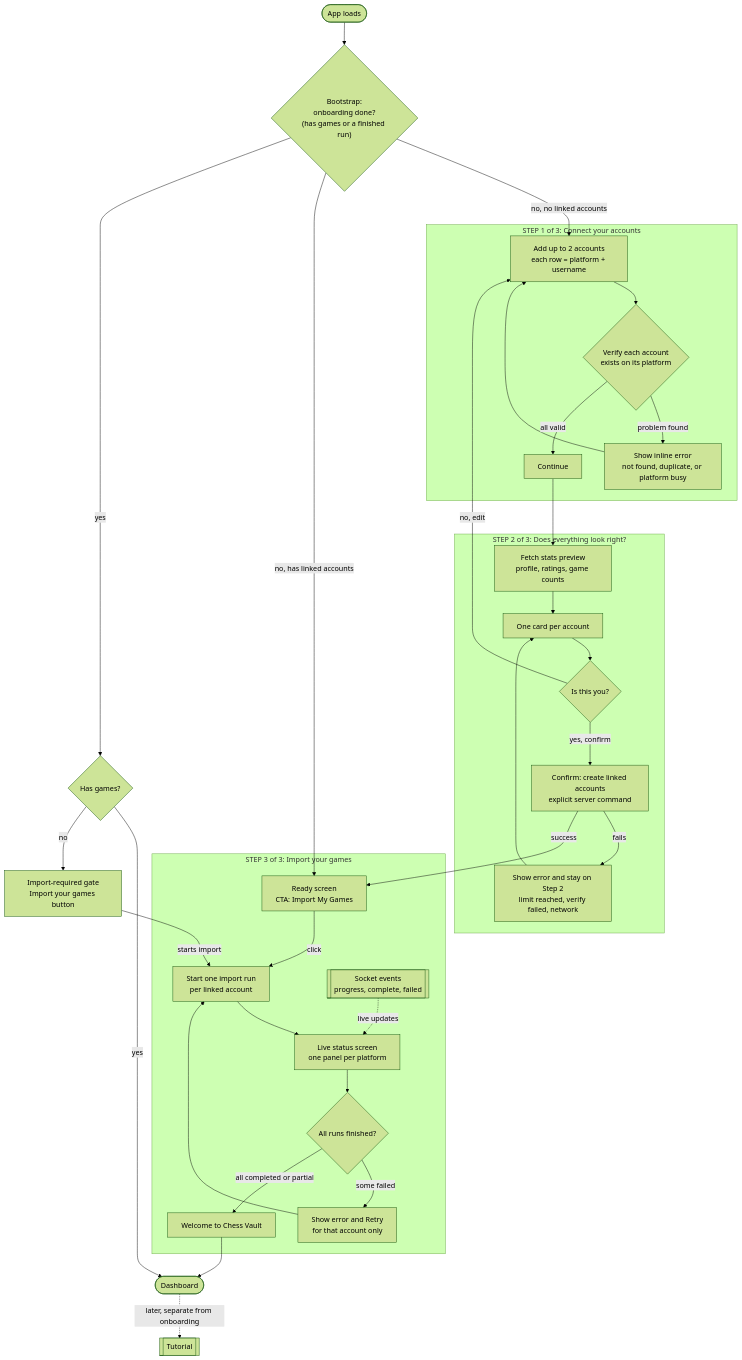
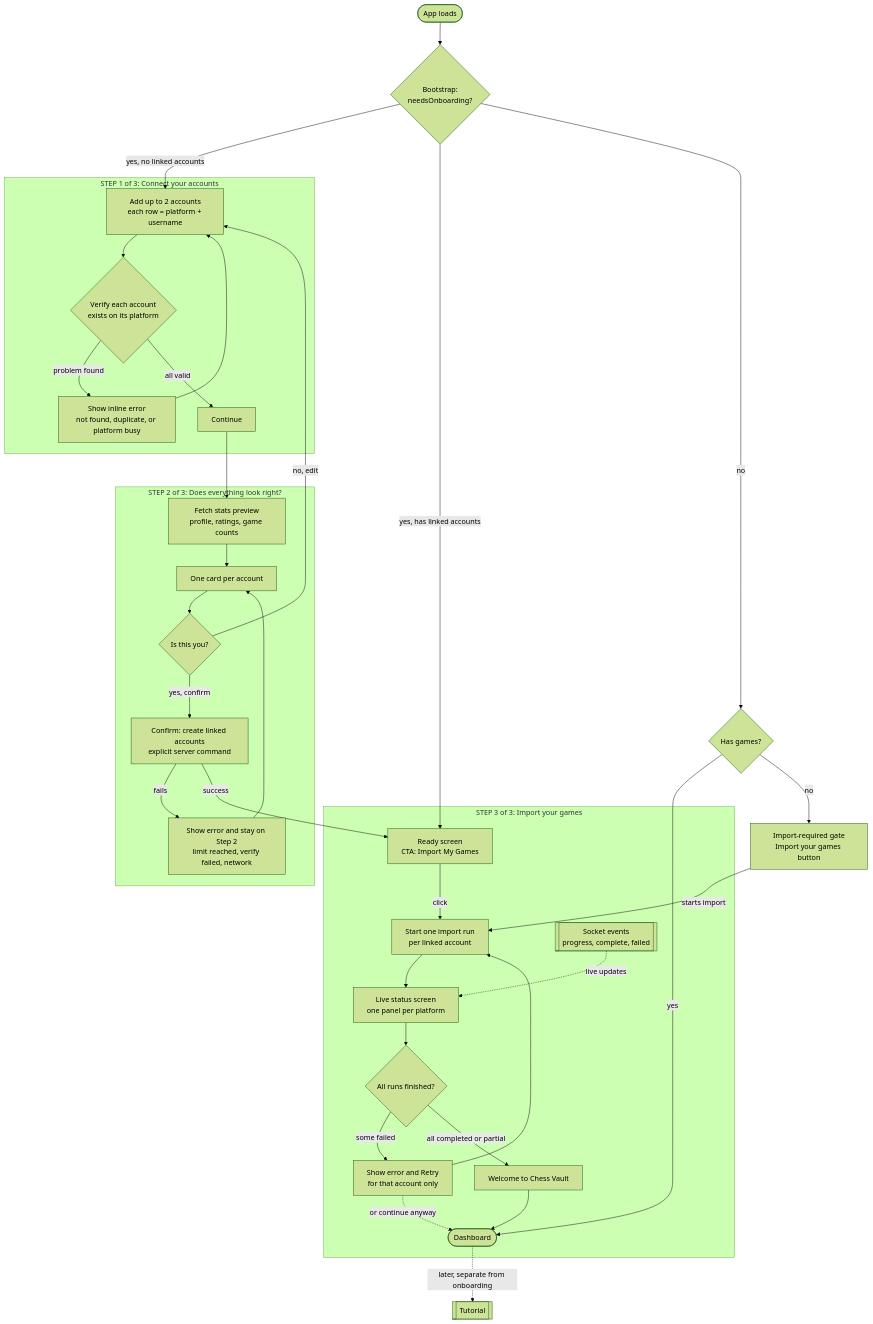
One commit to Sultan2403/Chess-Vault changed the diagram in Docs/ONBOARDING.md. Above: the diagram before and after it, drawn with Mermaid (forest theme). The commit also changed other lines of this file, not shown here.

Commit message:
docs: update onboarding flow design document and architecture specs

````diff
--- a/Docs/ONBOARDING.md
+++ b/Docs/ONBOARDING.md
@@ -13,57 +13,58 @@
 ```mermaid
 flowchart TD
     subgraph STEP1["STEP 1 of 3: Connect your accounts"]
         S1["Add up to 2 accounts<br/>each row = platform + username"]
         V1{"Verify each account<br/>exists on its platform"}
         S1E["Show inline error<br/>not found, duplicate, or platform busy"]
         C1["Continue"]
         S1 --> V1
         V1 -- "problem found" --> S1E
         S1E --> S1
         V1 -- "all valid" --> C1
     end
 
     subgraph STEP2["STEP 2 of 3: Does everything look right?"]
         S2["Fetch stats preview<br/>profile, ratings, game counts"]
         S2V["One card per account"]
         D2{"Is this you?"}
         LINK["Confirm: create linked accounts<br/>explicit server command"]
         S2E["Show error and stay on Step 2<br/>limit reached, verify failed, network"]
         S2 --> S2V
         S2V --> D2
         D2 -- "yes, confirm" --> LINK
         LINK -- "fails" --> S2E
         S2E --> S2V
     end
 
     subgraph STEP3["STEP 3 of 3: Import your games"]
         S3A["Ready screen<br/>CTA: Import My Games"]
         ENQ["Start one import run<br/>per linked account"]
         S3B["Live status screen<br/>one panel per platform"]
         EV[["Socket events<br/>progress, complete, failed"]]
         T{"All runs finished?"}
         RETRY["Show error and Retry<br/>for that account only"]
         WEL["Welcome to Chess Vault"]
         S3A -- "click" --> ENQ
         ENQ --> S3B
         EV -. "live updates" .-> S3B
         S3B --> T
         T -- "some failed" --> RETRY
+        RETRY -. "or continue anyway" .-> DASH
         RETRY --> ENQ
         T -- "all completed or partial" --> WEL
     end
 
-    A(["App loads"]) --> B{"Bootstrap:<br/>onboarding done?<br/>(has games or a finished run)"}
-    B -- "no, no linked accounts" --> S1
-    B -- "no, has linked accounts" --> S3A
-    B -- "yes" --> G{"Has games?"}
+    A(["App loads"]) --> B{"Bootstrap:<br/>needsOnboarding?"}
+    B -- "yes, no linked accounts" --> S1
+    B -- "yes, has linked accounts" --> S3A
+    B -- "no" --> G{"Has games?"}
     G -- "yes" --> DASH(["Dashboard"])
     G -- "no" --> GATE["Import-required gate<br/>Import your games button"]
     GATE -- "starts import" --> ENQ
 
     C1 --> S2
     D2 -- "no, edit" --> S1
     LINK -- "success" --> S3A
     WEL --> DASH
     DASH -. "later, separate from onboarding" .-> TUT[["Tutorial"]]
 ```
````
